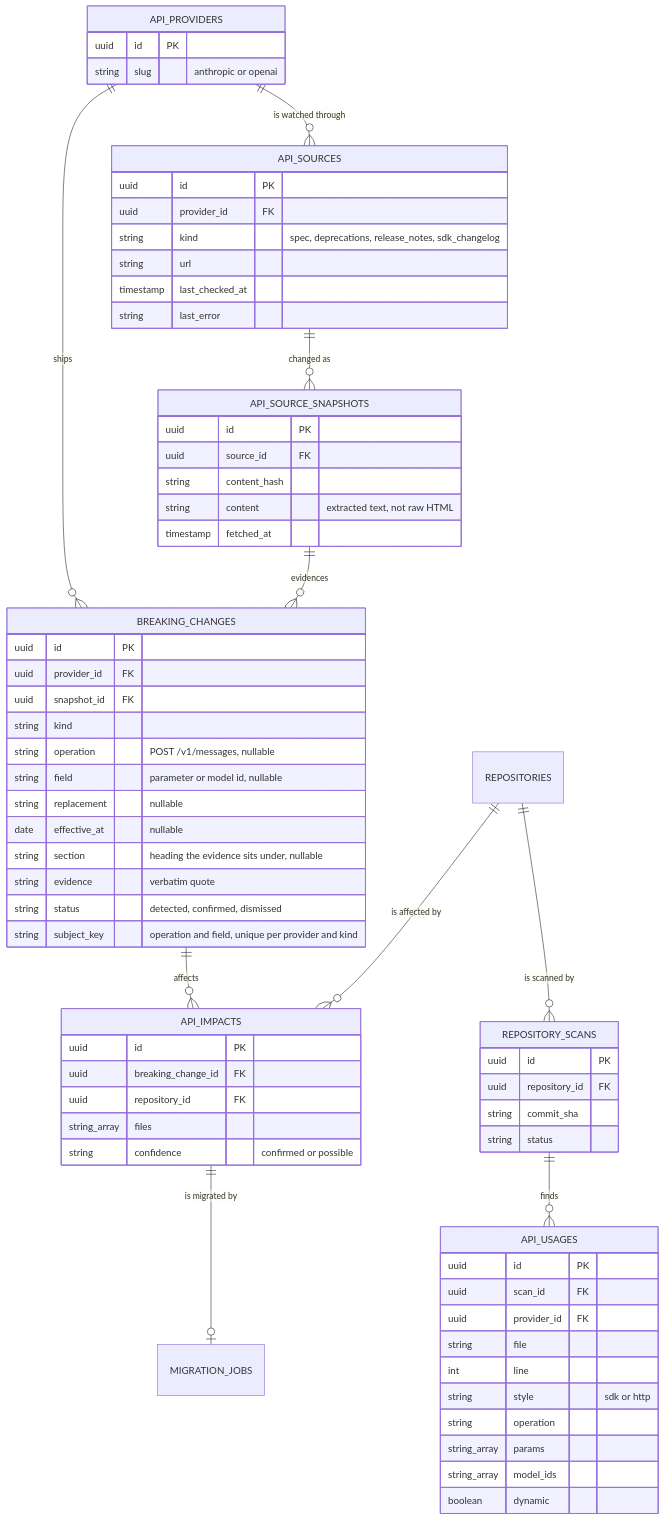
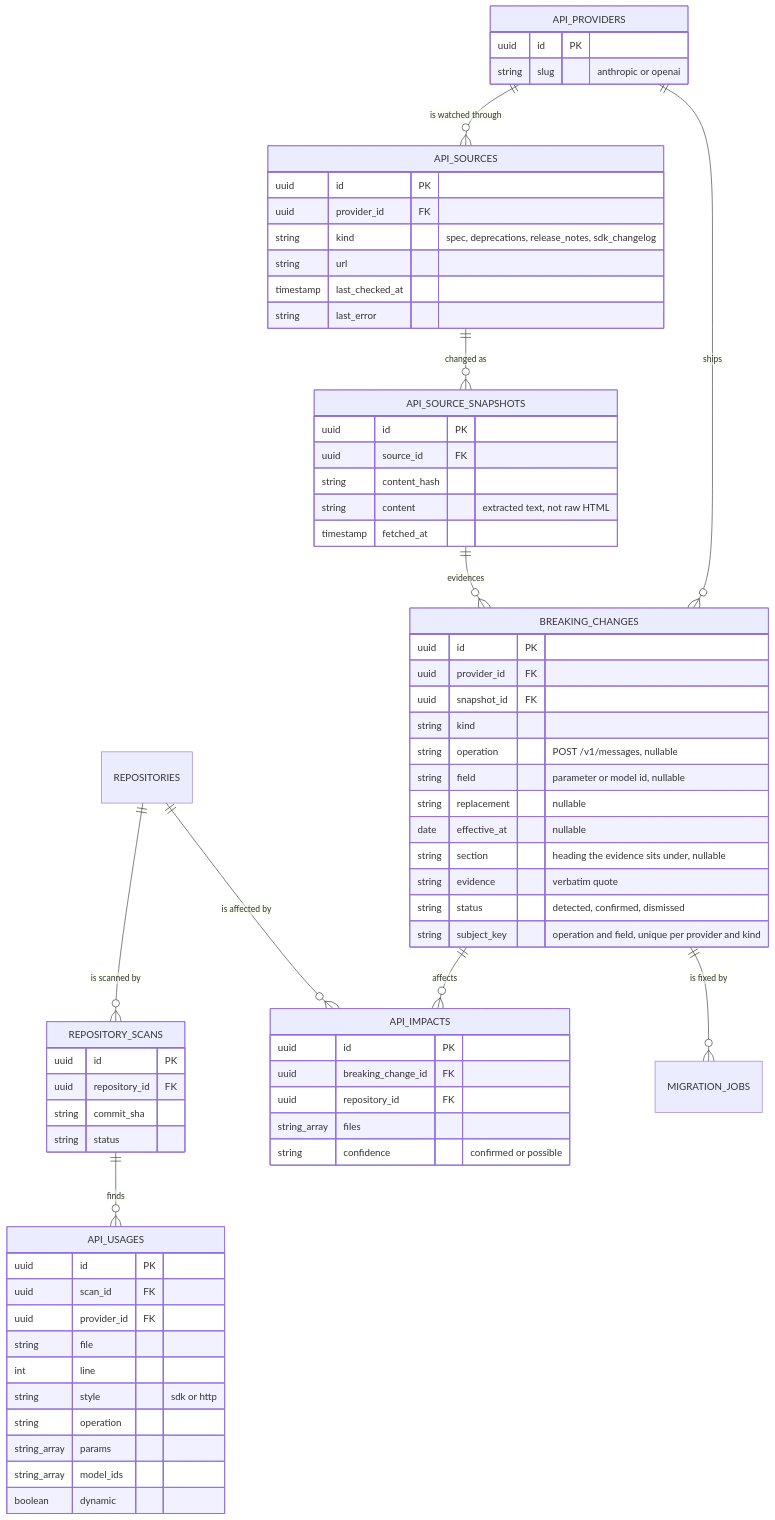
The diagram in infra/Architecture/05 - Self-Maintaining API.md (kiet08hogit/SyncLab), drawn with Mermaid before and after one commit. The commit also changed other lines of this file and 37 other files, not shown here.

First line of the commit message:
feat(api): queue a migration for each confirmed API change (#37)

````diff
--- a/infra/Architecture/05 - Self-Maintaining API.md
+++ b/infra/Architecture/05 - Self-Maintaining API.md
@@ -85,71 +85,71 @@
 ```mermaid
 erDiagram
     REPOSITORIES ||--o{ REPOSITORY_SCANS : "is scanned by"
     REPOSITORY_SCANS ||--o{ API_USAGES : "finds"
     API_PROVIDERS ||--o{ API_SOURCES : "is watched through"
     API_SOURCES ||--o{ API_SOURCE_SNAPSHOTS : "changed as"
     API_PROVIDERS ||--o{ BREAKING_CHANGES : "ships"
     API_SOURCE_SNAPSHOTS ||--o{ BREAKING_CHANGES : "evidences"
     BREAKING_CHANGES ||--o{ API_IMPACTS : "affects"
+    BREAKING_CHANGES ||--o{ MIGRATION_JOBS : "is fixed by"
     REPOSITORIES ||--o{ API_IMPACTS : "is affected by"
-    API_IMPACTS ||--o| MIGRATION_JOBS : "is migrated by"
 
     API_PROVIDERS {
         uuid id PK
         string slug "anthropic or openai"
     }
     API_SOURCES {
         uuid id PK
         uuid provider_id FK
         string kind "spec, deprecations, release_notes, sdk_changelog"
         string url
         timestamp last_checked_at
         string last_error
     }
     API_SOURCE_SNAPSHOTS {
         uuid id PK
         uuid source_id FK
         string content_hash
         string content "extracted text, not raw HTML"
         timestamp fetched_at
     }
     BREAKING_CHANGES {
         uuid id PK
         uuid provider_id FK
         uuid snapshot_id FK
         string kind
         string operation "POST /v1/messages, nullable"
         string field "parameter or model id, nullable"
         string replacement "nullable"
         date effective_at "nullable"
         string section "heading the evidence sits under, nullable"
         string evidence "verbatim quote"
         string status "detected, confirmed, dismissed"
         string subject_key "operation and field, unique per provider and kind"
     }
     REPOSITORY_SCANS {
         uuid id PK
         uuid repository_id FK
         string commit_sha
         string status
     }
     API_USAGES {
         uuid id PK
         uuid scan_id FK
         uuid provider_id FK
         string file
         int line
         string style "sdk or http"
         string operation
         string_array params
         string_array model_ids
         boolean dynamic
     }
     API_IMPACTS {
         uuid id PK
         uuid breaking_change_id FK
         uuid repository_id FK
         string_array files
         string confidence "confirmed or possible"
     }
 ```
````
